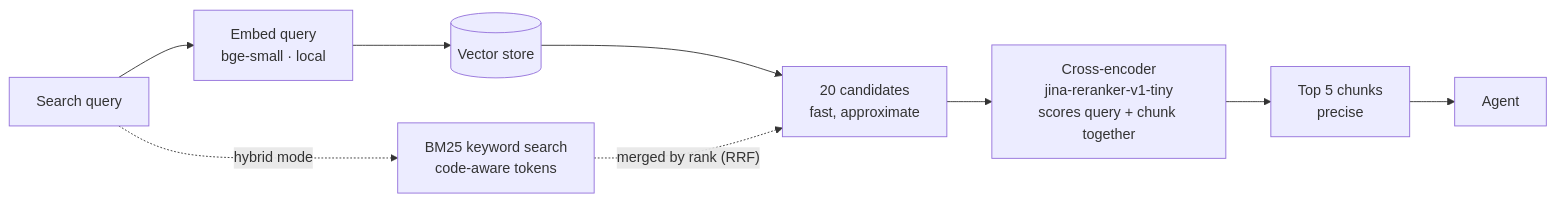
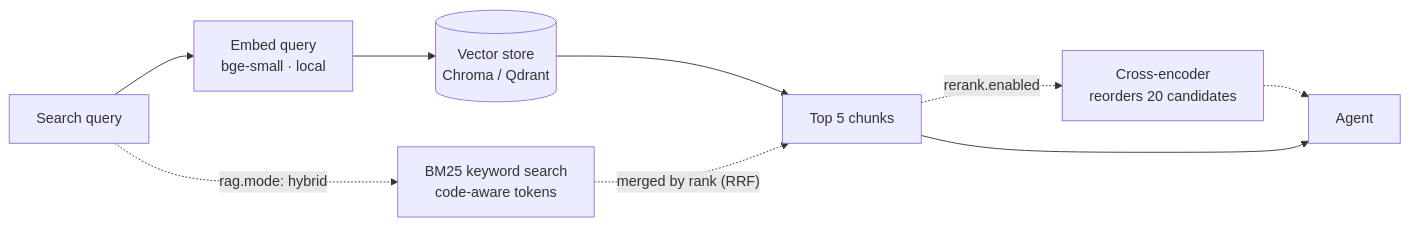
The third of 9 diagrams in README.md (Parth-Babariya/RepoPilot), drawn with Mermaid before and after one commit. The commit also changed other lines of this file and 120 other files, not shown here.

````diff
--- a/README.md
+++ b/README.md
@@ -166,11 +166,11 @@
 ```mermaid
 flowchart LR
     q["Search query"] --> e["Embed query<br/>bge-small · local"]
-    e --> v[("Vector store")]
-    v --> c["20 candidates<br/>fast, approximate"]
-    q -. "hybrid mode" .-> kw["BM25 keyword search<br/>code-aware tokens"]
-    kw -. "merged by rank (RRF)" .-> c
-    c --> x["Cross-encoder<br/>jina-reranker-v1-tiny<br/>scores query + chunk together"]
-    x --> k["Top 5 chunks<br/>precise"]
+    e --> v[("Vector store<br/>Chroma / Qdrant")]
+    v --> k["Top 5 chunks"]
+    q -. "rag.mode: hybrid" .-> kw["BM25 keyword search<br/>code-aware tokens"]
+    kw -. "merged by rank (RRF)" .-> k
+    k -. "rerank.enabled" .-> x["Cross-encoder<br/>reorders 20 candidates"]
+    x -.-> a
     k --> a["Agent"]
 ```
````
